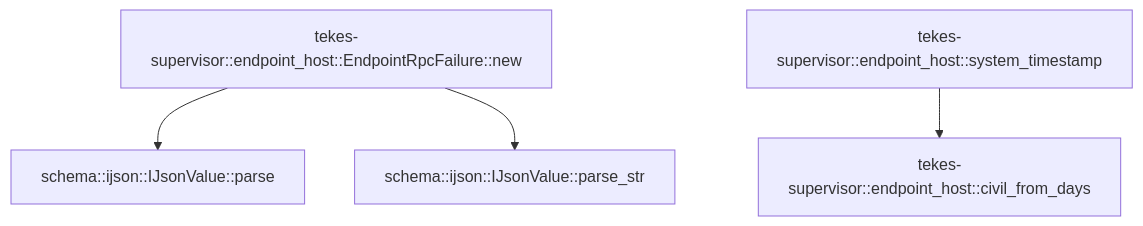
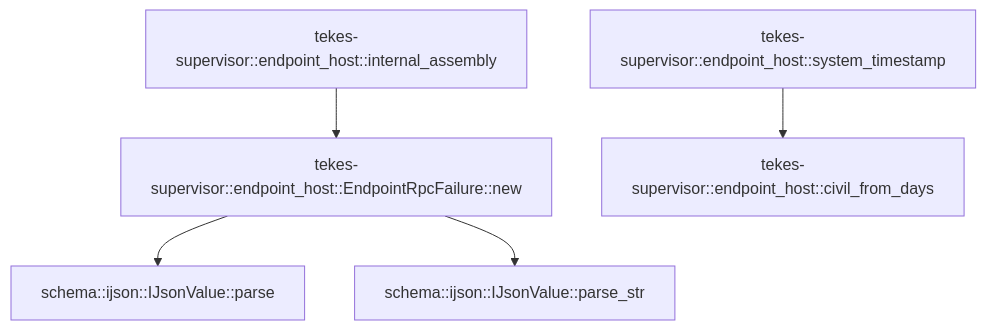
The seventh of 7 diagrams in crates/supervisor/docs/generated/src--endpoint_host.md (TekesApps/TekesKernel), drawn with Mermaid before and after one commit. The commit also changed other lines of this file and 49 other files, not shown here.

````diff
--- a/crates/supervisor/docs/generated/src--endpoint_host.md
+++ b/crates/supervisor/docs/generated/src--endpoint_host.md
@@ -727,11 +711,13 @@
 ```mermaid
 flowchart TD
   n0["schema::ijson::IJsonValue::parse"]
   n1["schema::ijson::IJsonValue::parse_str"]
-  n2["tekes-supervisor::endpoint_host::EndpointRpcFailure::new"]
-  n3["tekes-supervisor::endpoint_host::system_timestamp"]
-  n4["tekes-supervisor::endpoint_host::civil_from_days"]
-  n2 --> n0
-  n2 --> n1
-  n3 --> n4
+  n2["tekes-supervisor::endpoint_host::internal_assembly"]
+  n3["tekes-supervisor::endpoint_host::EndpointRpcFailure::new"]
+  n4["tekes-supervisor::endpoint_host::system_timestamp"]
+  n5["tekes-supervisor::endpoint_host::civil_from_days"]
+  n2 --> n3
+  n3 --> n0
+  n3 --> n1
+  n4 --> n5
 ```
````
